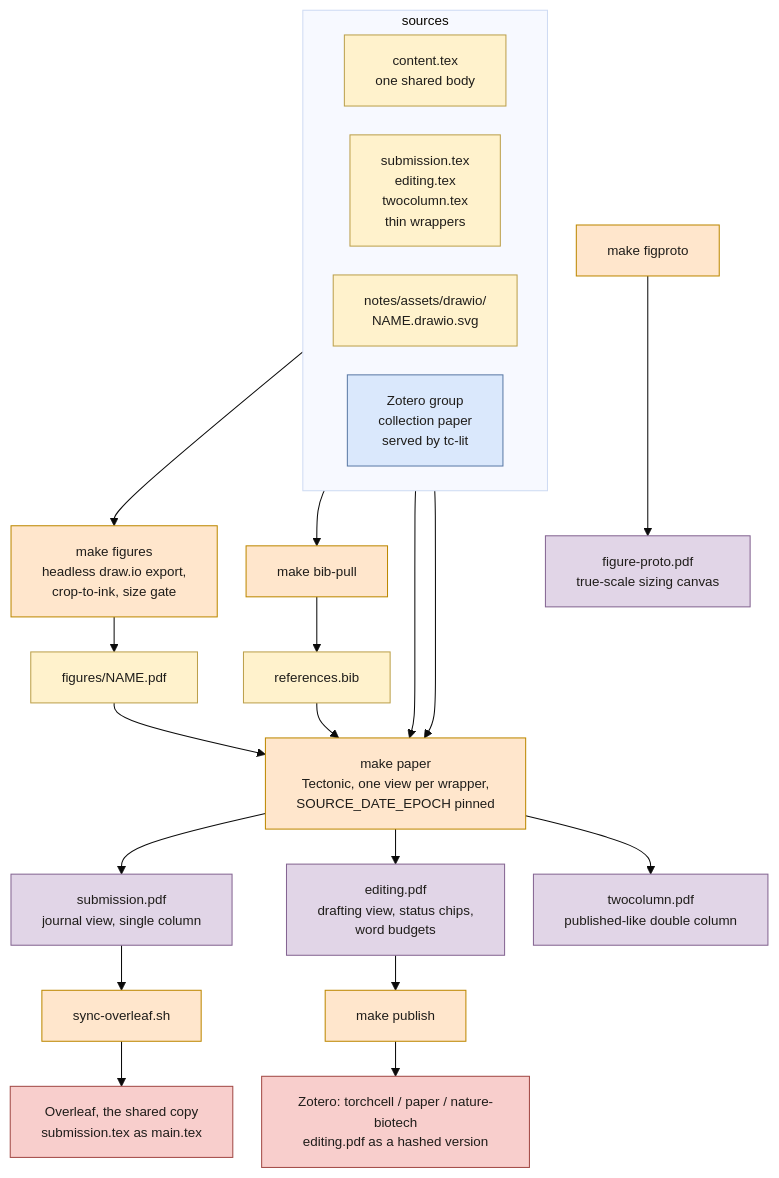
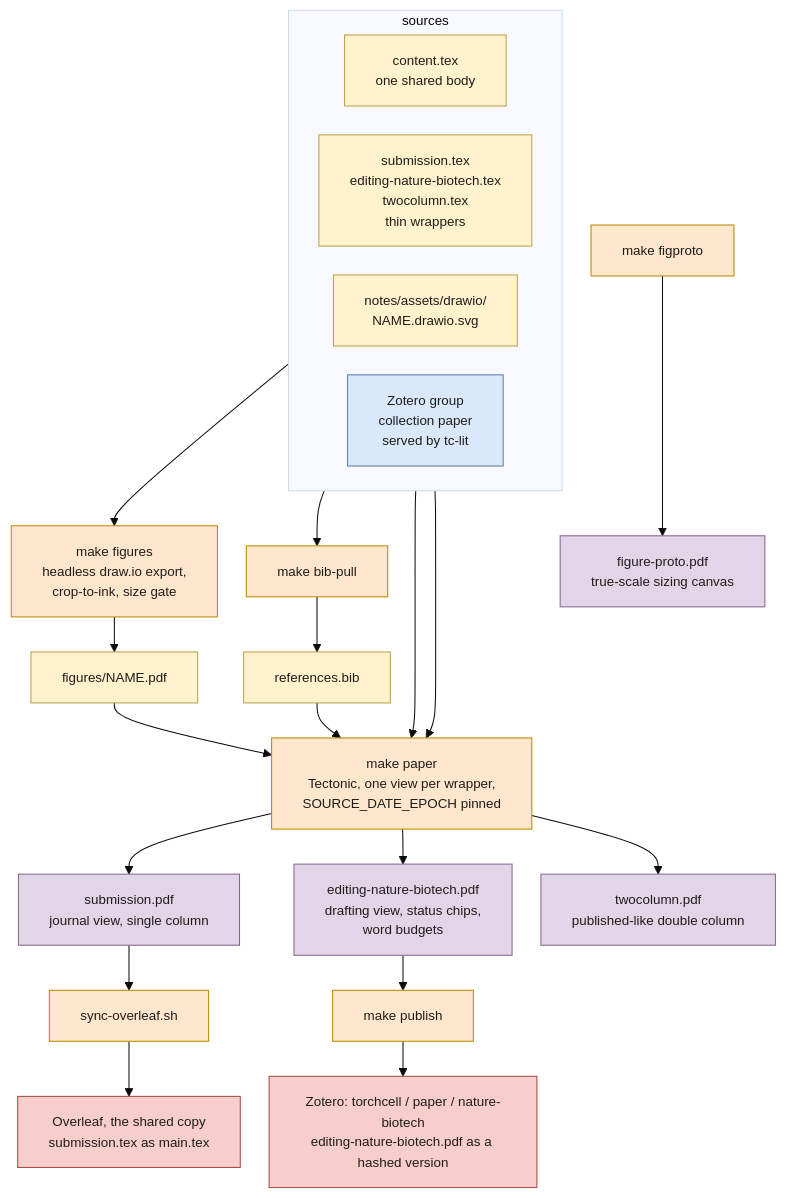
Before and after one commit to Mjvolk3/torchcell: the diagram in notes/publishing-system.mermaid.paper-build.md, drawn with Mermaid. The commit also changed 34 other files, not shown here.

````diff
--- a/notes/publishing-system.mermaid.paper-build.md
+++ b/notes/publishing-system.mermaid.paper-build.md
@@ -13,48 +13,48 @@
 ```mermaid
 %%{init: {"theme": "base", "themeVariables": {"fontFamily": "Arial", "fontSize": "13px"}, "flowchart": {"nodeSpacing": 28, "rankSpacing": 34}}}%%
 flowchart TB
   classDef src fill:#FFF2CC,stroke:#BCA04C,color:#1F1D1A
   classDef tgt fill:#FFE6CC,stroke:#BD8800,color:#1F1D1A
   classDef out fill:#E1D5E7,stroke:#846592,color:#1F1D1A
   classDef ext fill:#DAE8FC,stroke:#5B7AA6,color:#1F1D1A
   classDef pub fill:#F8CECC,stroke:#A24A46,color:#1F1D1A
 
   subgraph inputs [sources]
     direction LR
     content["content.tex<br/>one shared body"]:::src
-    wrappers["submission.tex<br/>editing.tex<br/>twocolumn.tex<br/>thin wrappers"]:::src
+    wrappers["submission.tex<br/>editing-nature-biotech.tex<br/>twocolumn.tex<br/>thin wrappers"]:::src
     drawio["notes/assets/drawio/<br/>NAME.drawio.svg"]:::src
     group["Zotero group<br/>collection paper<br/>served by tc-lit"]:::ext
   end
 
   figures["make figures<br/>headless draw.io export,<br/>crop-to-ink, size gate"]:::tgt
   bib["make bib-pull"]:::tgt
   figpdf["figures/NAME.pdf"]:::src
   refs["references.bib"]:::src
 
   paper["make paper<br/>Tectonic, one view per wrapper,<br/>SOURCE_DATE_EPOCH pinned"]:::tgt
   figproto["make figproto"]:::tgt
 
   sub["submission.pdf<br/>journal view, single column"]:::out
-  edit["editing.pdf<br/>drafting view, status chips,<br/>word budgets"]:::out
+  edit["editing-nature-biotech.pdf<br/>drafting view, status chips,<br/>word budgets"]:::out
   two["twocolumn.pdf<br/>published-like double column"]:::out
   proto["figure-proto.pdf<br/>true-scale sizing canvas"]:::out
 
   publish["make publish"]:::tgt
   sync["sync-overleaf.sh"]:::tgt
-  zot["Zotero: torchcell / paper / nature-biotech<br/>editing.pdf as a hashed version"]:::pub
+  zot["Zotero: torchcell / paper / nature-biotech<br/>editing-nature-biotech.pdf as a hashed version"]:::pub
   overleaf["Overleaf, the shared copy<br/>submission.tex as main.tex"]:::pub
 
   drawio --> figures --> figpdf
   group --> bib --> refs
   content --> paper
   wrappers --> paper
   figpdf --> paper
   refs --> paper
   paper --> sub
   paper --> edit
   paper --> two
   figproto --> proto
   edit --> publish --> zot
   sub --> sync --> overleaf
 ```
````
